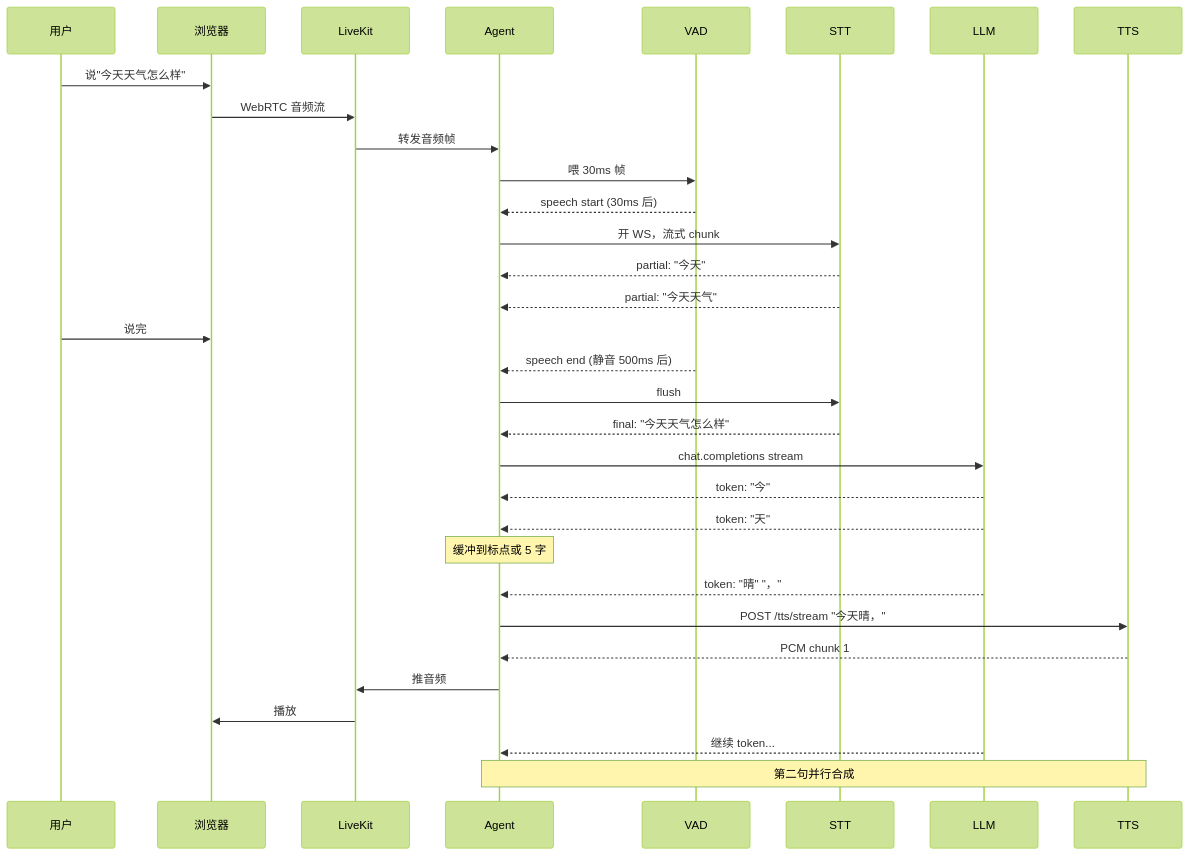
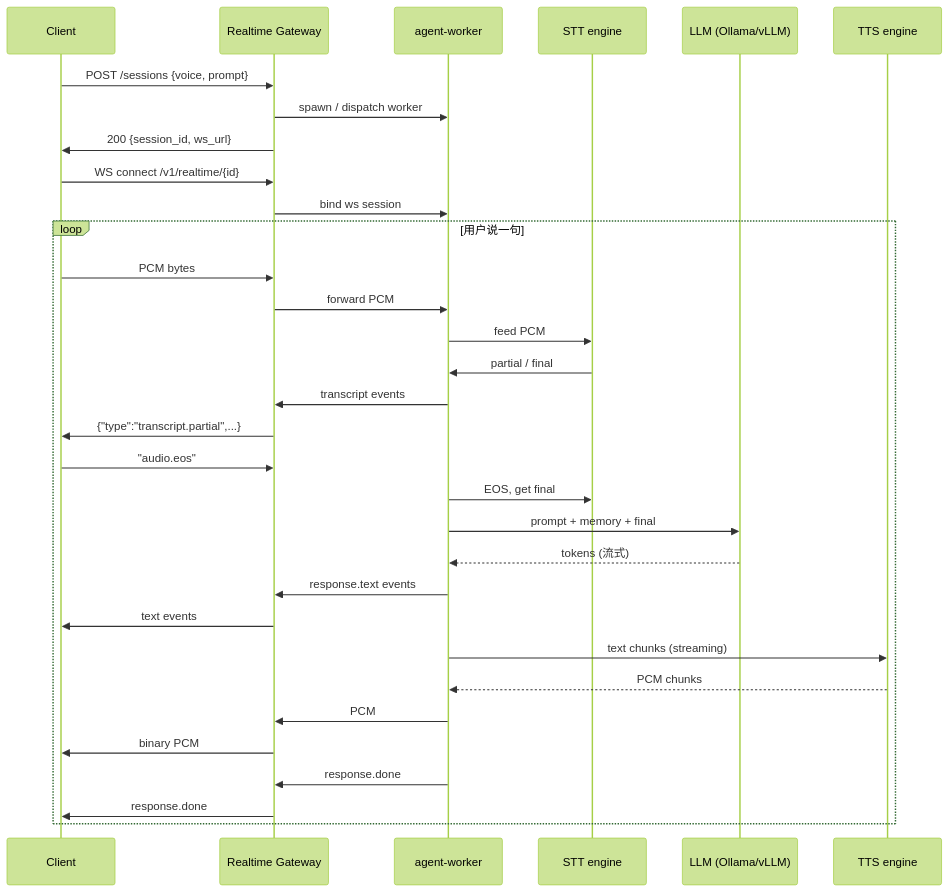
The fourth of 5 diagrams in ARCHITECTURE.md (zinohome/RTVoice), drawn with Mermaid (forest theme) before and after one commit. The commit also changed other lines of this file and 1 other file, not shown here.

First line of the commit message:
docs(ARCHITECTURE): 重写为 platform-first 7 章节结构 (SP1)

````diff
--- a/ARCHITECTURE.md
+++ b/ARCHITECTURE.md
@@ -166,35 +234,34 @@
 ```mermaid
 sequenceDiagram
-    participant U as 用户
-    participant B as 浏览器
-    participant LK as LiveKit
-    participant A as Agent
-    participant V as VAD
-    participant S as STT
-    participant L as LLM
-    participant T as TTS
-
-    U->>B: 说"今天天气怎么样"
-    B->>LK: WebRTC 音频流
-    LK->>A: 转发音频帧
-    A->>V: 喂 30ms 帧
-    V-->>A: speech start (30ms 后)
-    A->>S: 开 WS，流式 chunk
-    S-->>A: partial: "今天"
-    S-->>A: partial: "今天天气"
-    U->>B: 说完
-    V-->>A: speech end (静音 500ms 后)
-    A->>S: flush
-    S-->>A: final: "今天天气怎么样"
-    A->>L: chat.completions stream
-    L-->>A: token: "今"
-    L-->>A: token: "天"
-    Note over A: 缓冲到标点或 5 字
-    L-->>A: token: "晴" "，"
-    A->>T: POST /tts/stream "今天晴，"
-    T-->>A: PCM chunk 1
-    A->>LK: 推音频
-    LK->>B: 播放
-    L-->>A: 继续 token...
-    Note over A,T: 第二句并行合成
+    participant C as Client
+    participant G as Realtime Gateway
+    participant AW as agent-worker
+    participant STT as STT engine
+    participant LLM as LLM (Ollama/vLLM)
+    participant TTS as TTS engine
+    C->>G: POST /sessions {voice, prompt}
+    G->>AW: spawn / dispatch worker
+    G->>C: 200 {session_id, ws_url}
+    C->>G: WS connect /v1/realtime/{id}
+    G->>AW: bind ws session
+    loop 用户说一句
+        C->>G: PCM bytes
+        G->>AW: forward PCM
+        AW->>STT: feed PCM
+        STT->>AW: partial / final
+        AW->>G: transcript events
+        G->>C: {"type":"transcript.partial",...}
+        C->>G: "audio.eos"
+        AW->>STT: EOS, get final
+        AW->>LLM: prompt + memory + final
+        LLM-->>AW: tokens (流式)
+        AW->>G: response.text events
+        G->>C: text events
+        AW->>TTS: text chunks (streaming)
+        TTS-->>AW: PCM chunks
+        AW->>G: PCM
+        G->>C: binary PCM
+        AW->>G: response.done
+        G->>C: response.done
+    end
 ```
````
